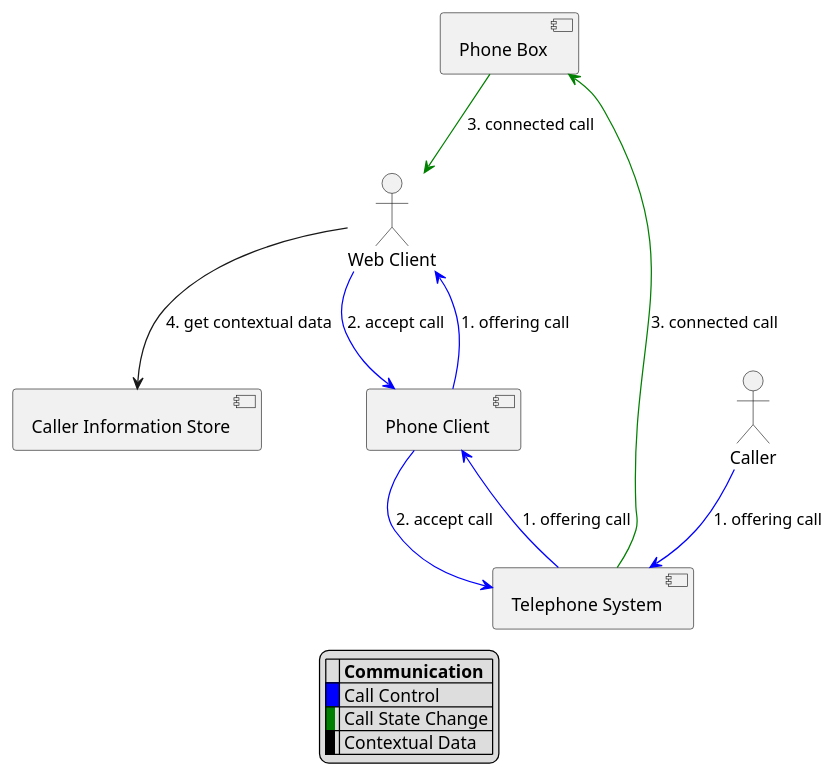
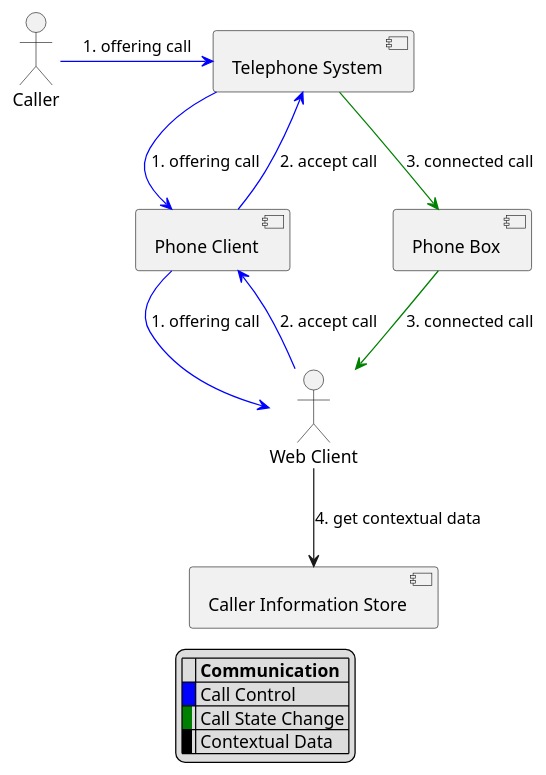
The diagram in docs/Incoming Call Overview.puml (Serviceware/PhoneBox), drawn with PlantUML before and after one commit. The commit also changed 1 other file, not shown here.

```diff
--- a/docs/Incoming Call Overview.puml
+++ b/docs/Incoming Call Overview.puml
@@ -2,30 +2,30 @@
 @startuml Incoming Call Overview
 
 [Phone Box] As Pb
 [Caller Information Store] AS module
 [Telephone System] AS TK
 
 actor "Caller" AS Caller
 actor "Web Client" AS SD
 [Phone Client] AS PC
 
 
-Caller -[#blue]-> TK :1. offering call
-TK -[#blue]-> PC     :1. offering call
-PC -[#blue]-> SD     :1. offering call
-SD -[#blue]-> PC     :2. accept call
-PC -[#blue]-> TK     :2. accept call
-TK -[#green]-> Pb    :3. connected call
-Pb -[#green]-> SD    :3. connected call
-SD --> module        :4. get contextual data
+Caller -[#blue]ri-> TK :1. offering call
+TK -[#blue]ri-> PC     :1. offering call
+PC -[#blue]do-> SD     :1. offering call
+SD -[#blue]-> PC      :2. accept call
+PC -[#blue]-> TK      :2. accept call
+TK -[#green]-> Pb     :3. connected call
+Pb -[#green]-> SD     :3. connected call
+SD --> module         :4. get contextual data
 
 
 legend
 |= |= Communication |
 |<back:blue>   </back>| Call Control |
 |<back:green>  </back>| Call State Change |
 |<back:black>  </back>| Contextual Data |
 endlegend
 
 
 @enduml
```
